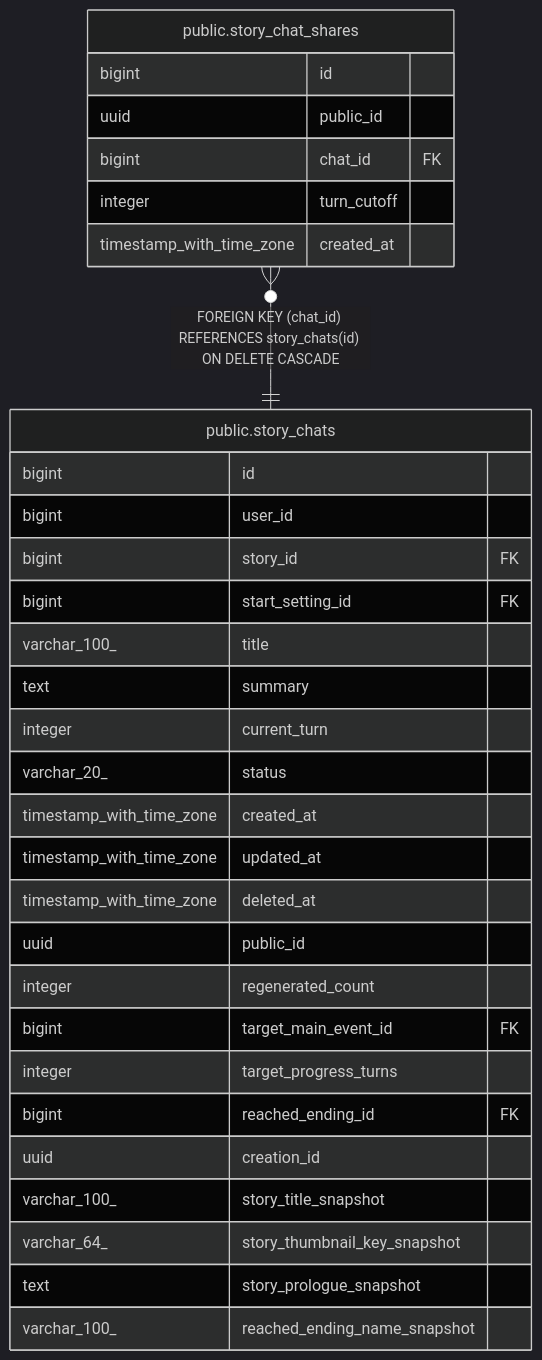
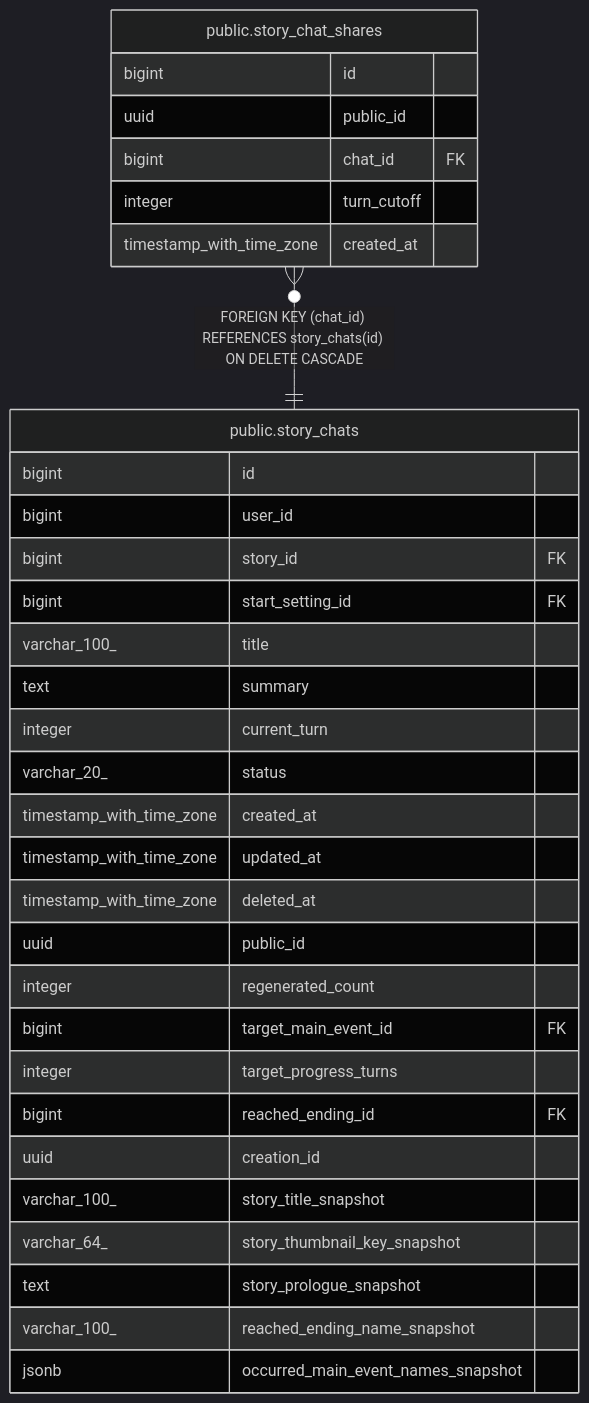
One commit to KIM-N-KANG/manyak-server changed the diagram in dbdoc/public.story_chat_shares.md. Above: the diagram before and after it, drawn with Mermaid (dark theme). The commit also changed 47 other files, not shown here.

````diff
--- a/dbdoc/public.story_chat_shares.md
+++ b/dbdoc/public.story_chat_shares.md
@@ -32,36 +32,37 @@
 ```mermaid
 erDiagram
 
 "public.story_chat_shares" }o--|| "public.story_chats" : "FOREIGN KEY (chat_id) REFERENCES story_chats(id) ON DELETE CASCADE"
 
 "public.story_chat_shares" {
   bigint id
   uuid public_id
   bigint chat_id FK
   integer turn_cutoff
   timestamp_with_time_zone created_at
 }
 "public.story_chats" {
   bigint id
   bigint user_id
   bigint story_id FK
   bigint start_setting_id FK
   varchar_100_ title
   text summary
   integer current_turn
   varchar_20_ status
   timestamp_with_time_zone created_at
   timestamp_with_time_zone updated_at
   timestamp_with_time_zone deleted_at
   uuid public_id
   integer regenerated_count
   bigint target_main_event_id FK
   integer target_progress_turns
   bigint reached_ending_id FK
   uuid creation_id
   varchar_100_ story_title_snapshot
   varchar_64_ story_thumbnail_key_snapshot
   text story_prologue_snapshot
   varchar_100_ reached_ending_name_snapshot
+  jsonb occurred_main_event_names_snapshot
 }
 ```
````
